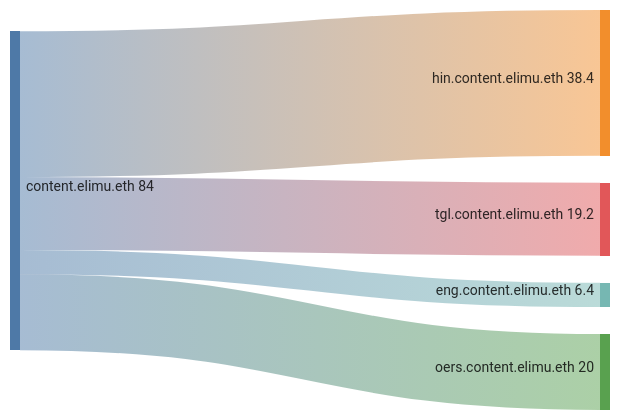
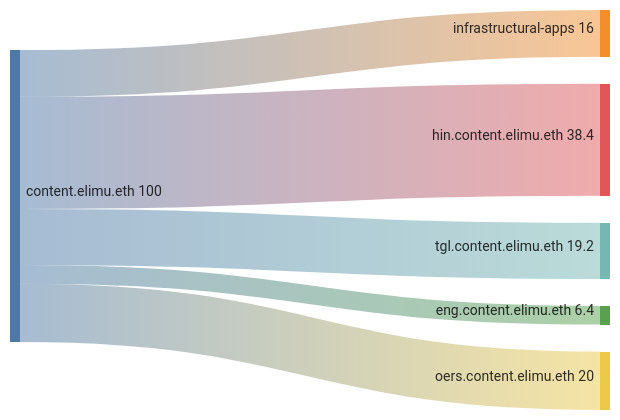
Before and after one commit to elimu-ai/web3-wiki: the first of 3 diagrams in DRIP_LIST_FUNDING_SPLITS.md, drawn with Mermaid. The commit also changed other lines of this file, not shown here.

````diff
--- a/DRIP_LIST_FUNDING_SPLITS.md
+++ b/DRIP_LIST_FUNDING_SPLITS.md
@@ -29,9 +29,10 @@
 ```mermaid
 sankey-beta
 
 %% source,target,value
+content.elimu.eth,infrastructural-apps,16
 content.elimu.eth,hin.content.elimu.eth,38.4
 content.elimu.eth,tgl.content.elimu.eth,19.2
 content.elimu.eth,eng.content.elimu.eth,6.4
 content.elimu.eth,oers.content.elimu.eth,20
 ```
````
